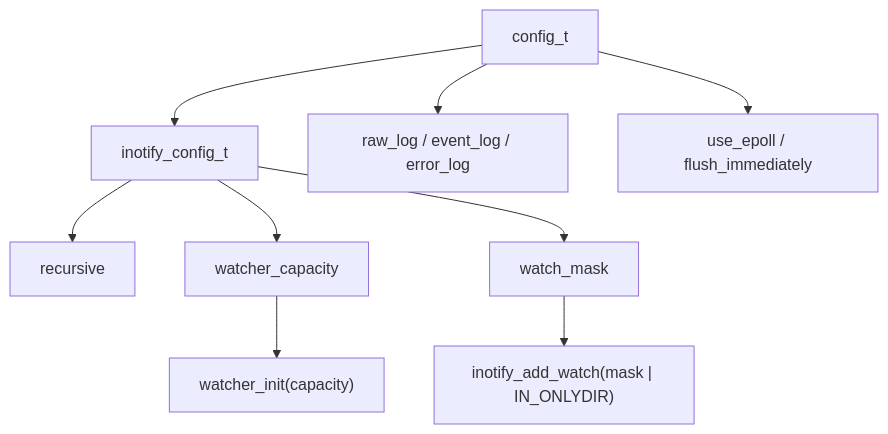
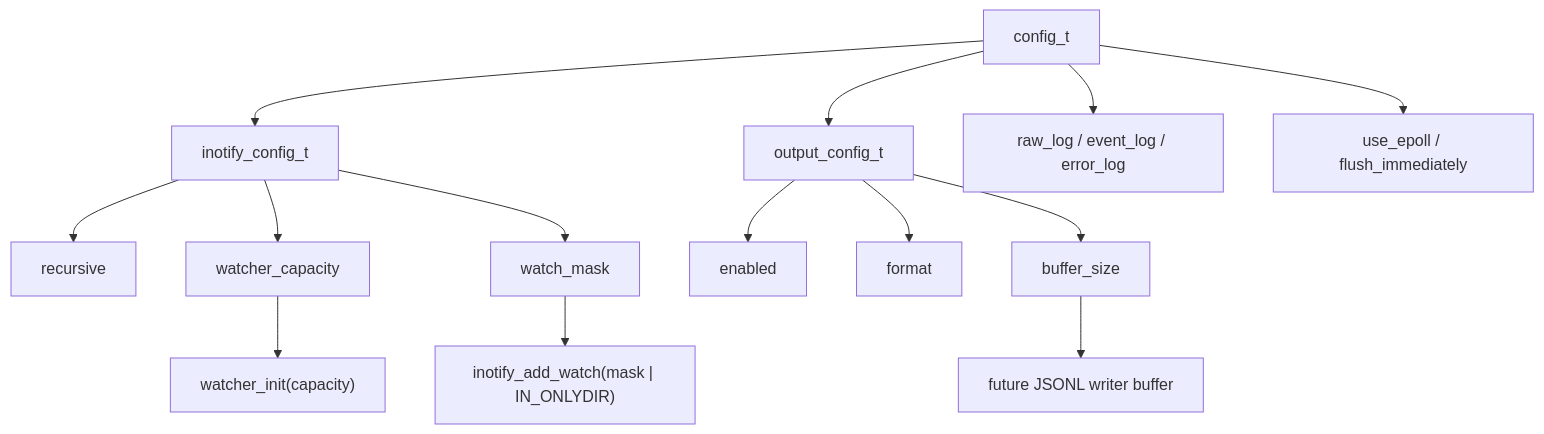
Before and after one commit to kinderp/alfred: the ninth of 18 diagrams in docs/it/16-mappa-codice-e-strutture.md, drawn with Mermaid. The commit also changed other lines of this file and 13 other files, not shown here.

````diff
--- a/docs/it/16-mappa-codice-e-strutture.md
+++ b/docs/it/16-mappa-codice-e-strutture.md
@@ -867,13 +867,18 @@
 ```mermaid
 flowchart TD
     A["config_t"] --> B["inotify_config_t"]
+    A --> O["output_config_t"]
     A --> E["raw_log / event_log / error_log"]
     A --> H["use_epoll / flush_immediately"]
 
     B --> C["recursive"]
     B --> D["watcher_capacity"]
     B --> M["watch_mask"]
+    O --> O1["enabled"]
+    O --> O2["format"]
+    O --> O3["buffer_size"]
 
     D --> F["watcher_init(capacity)"]
     M --> G["inotify_add_watch(mask | IN_ONLYDIR)"]
+    O3 --> W["future JSONL writer buffer"]
 ```
````
